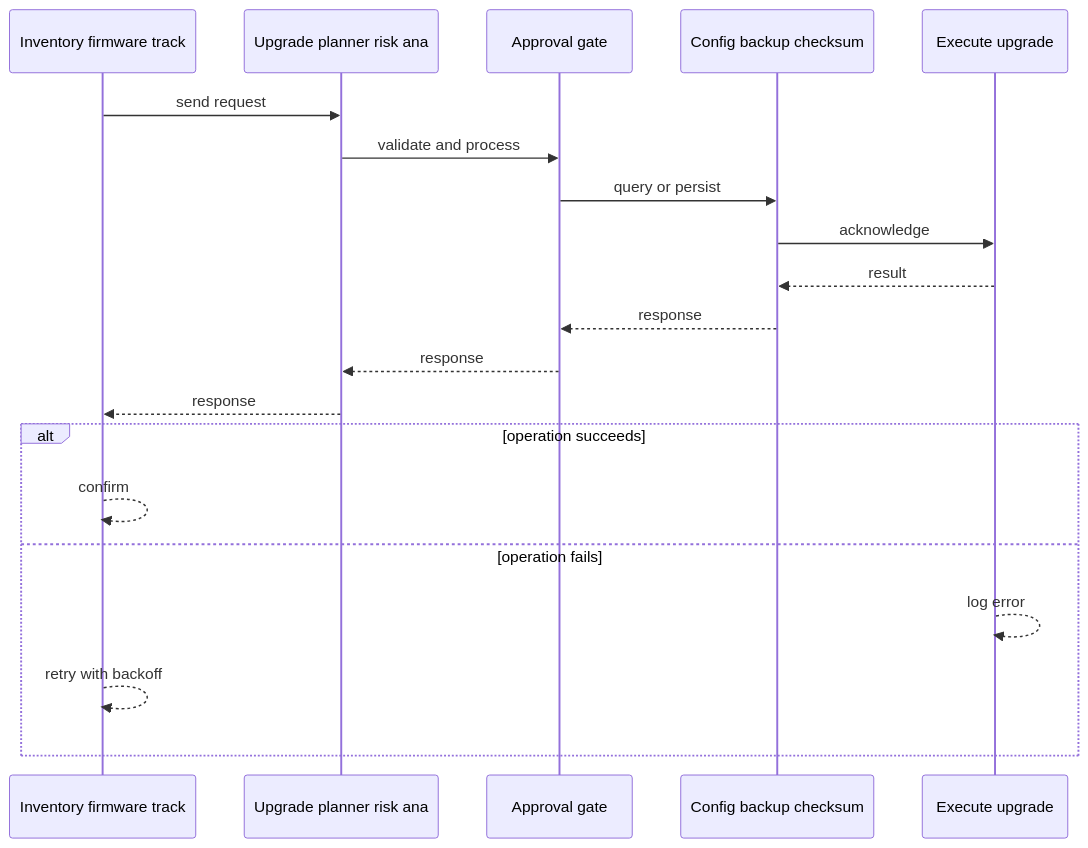
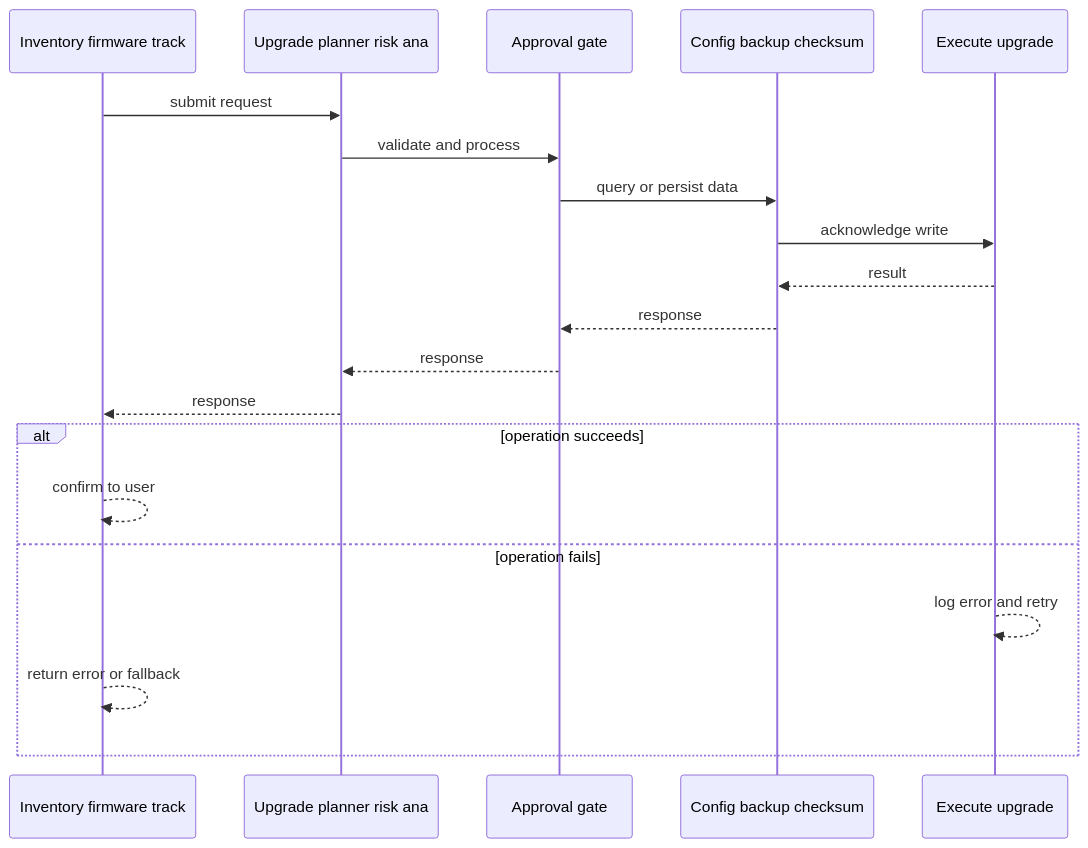
The second of 4 diagrams in case-studies/network-ai-systems/device-upgrade-management.md (RIT-MESH/system-design-mastery), drawn with Mermaid before and after one commit. The commit also changed other lines of this file and 127 other files, not shown here.

First line of the commit message:
Improve all case study diagrams: case-specific sequences, fix truncated labels

````diff
--- a/case-studies/network-ai-systems/device-upgrade-management.md
+++ b/case-studies/network-ai-systems/device-upgrade-management.md
@@ -83,23 +83,23 @@
 ```mermaid
 %% created-for: system-design-mastery
 sequenceDiagram
-  participant C0 as Inventory firmware track
-  participant C1 as Upgrade planner risk ana
-  participant C2 as Approval gate
-  participant C3 as Config backup checksum
-  participant C4 as Execute upgrade
-  C0 ->> C1: send request
-  C1 ->> C2: validate and process
-  C2 ->> C3: query or persist
-  C3 ->> C4: acknowledge
-  C4 -->> C3: result
-  C3 -->> C2: response
-  C2 -->> C1: response
-  C1 -->> C0: response
+  participant P0 as Inventory firmware track
+  participant P1 as Upgrade planner risk ana
+  participant P2 as Approval gate
+  participant P3 as Config backup checksum
+  participant P4 as Execute upgrade
+  P0 ->> P1: submit request
+  P1 ->> P2: validate and process
+  P2 ->> P3: query or persist data
+  P3 ->> P4: acknowledge write
+  P4 -->> P3: result
+  P3 -->> P2: response
+  P2 -->> P1: response
+  P1 -->> P0: response
   alt operation succeeds
-    C0 -->> C0: confirm
+    P0 -->> P0: confirm to user
   else operation fails
-    C4 -->> C4: log error
-    C0 -->> C0: retry with backoff
+    P4 -->> P4: log error and retry
+    P0 -->> P0: return error or fallback
   end
 ```
````
